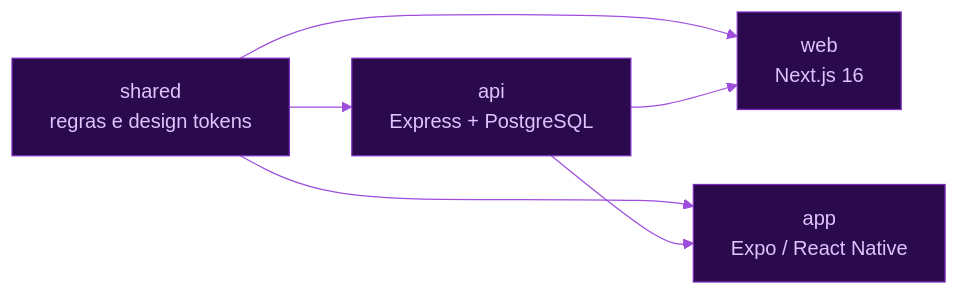
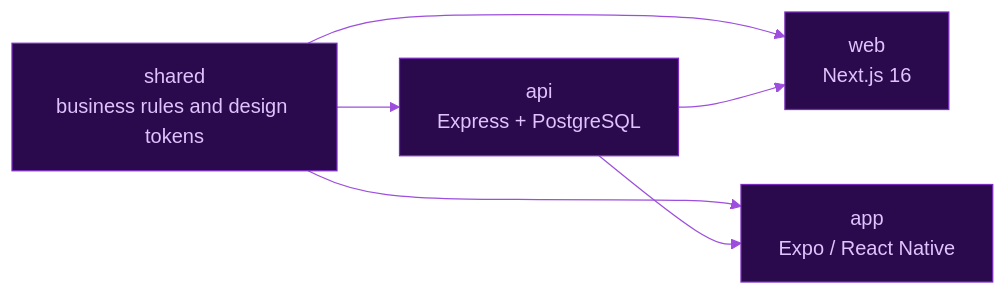
Before and after one commit to ChaconLucas/ChaconLucas: the first of 2 diagrams in README.md, drawn with Mermaid. The commit also changed other lines of this file and 2 other files, not shown here.

````diff
--- a/README.md
+++ b/README.md
@@ -127,9 +128,9 @@
 ```mermaid
 %%{init:{'theme':'base','themeVariables':{'primaryColor':'#2a0a4d','primaryTextColor':'#e0c3fc','primaryBorderColor':'#7b2cbf','lineColor':'#9d4edd','secondaryColor':'#3c096c','tertiaryColor':'#1a0033','fontFamily':'monospace'}}}%%
 flowchart LR
-  S[shared<br/>regras e design tokens] --> A[api<br/>Express + PostgreSQL]
+  S[shared<br/>business rules and design tokens] --> A[api<br/>Express + PostgreSQL]
   S --> W[web<br/>Next.js 16]
   S --> P[app<br/>Expo / React Native]
   A --> W
   A --> P
 ```
````
